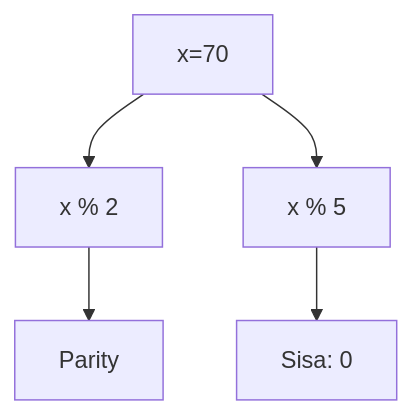
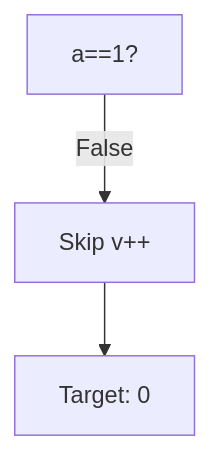
Before and after one commit to amnahwaida/OSNK_INF_PREP: the fifth of 25 diagrams in part-c-pemahaman-cpp/02-percabangan/latihan/set-08.md, drawn with Mermaid. The commit also changed other lines of this file and 71 other files, not shown here.

Commit message:
Fixed Mermaid syntax lexical errors with quoted labels in 1,800 questions

````diff
--- a/part-c-pemahaman-cpp/02-percabangan/latihan/set-08.md
+++ b/part-c-pemahaman-cpp/02-percabangan/latihan/set-08.md
@@ -114,7 +163,5 @@
 ```mermaid
 graph TD
-A[x=70] --> B[x % 2]
-B --> C[Parity]
-A --> D[x % 5]
-D --> E[Sisa: 0]
+A["a==1?"] -- "False" --> B["Skip v++"]
+B --> C["Target: 0"]
 ```
````
